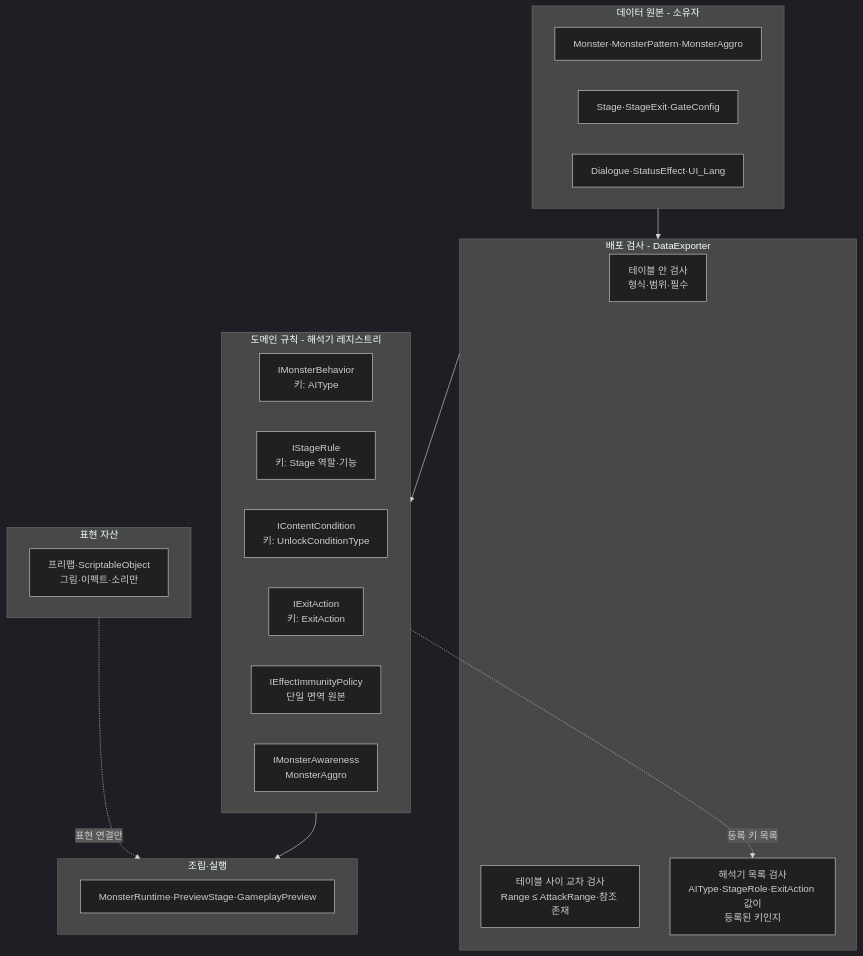
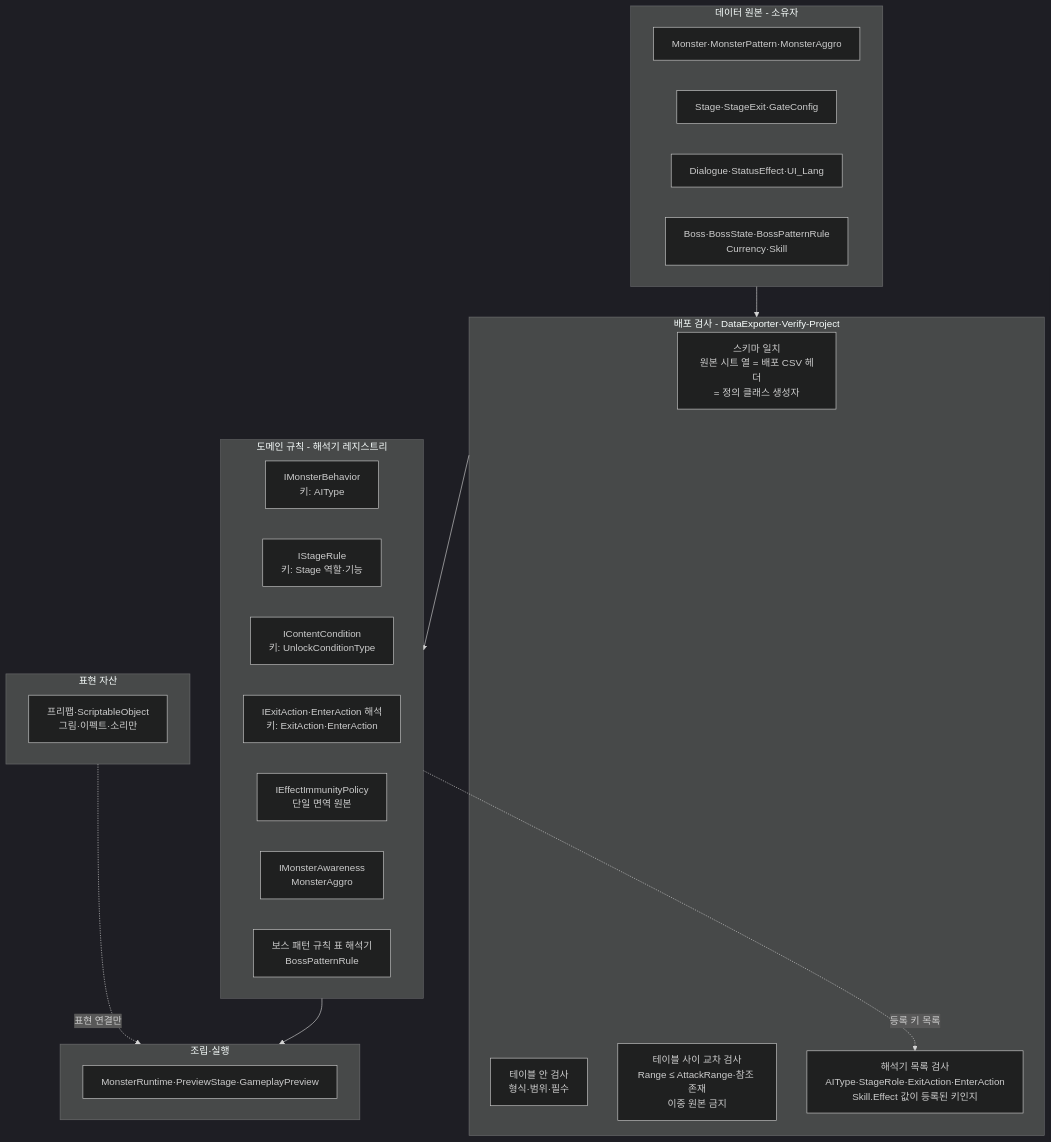
One commit to lkhwcf-arch/Human_Ghost- changed diagram 17 of 20 in Docs/개발자용 설계문서/조건 규칙 교차 감사와 흐름 단절 위험 분석.md. Above: the diagram before and after it, drawn with Mermaid (dark theme). The commit also changed other lines of this file and 1 other file, not shown here.

Commit message:
조건 규칙 문서 2차 재점검: 원본 시트 스키마 이탈·배경음 데이터 무시·보스 2페이즈 선택 상수·이중 원본·미사용 컬럼 전수 결과와 설계도·우선순위 갱신

````diff
--- a/Docs/개발자용 설계문서/조건 규칙 교차 감사와 흐름 단절 위험 분석.md
+++ b/Docs/개발자용 설계문서/조건 규칙 교차 감사와 흐름 단절 위험 분석.md
@@ -506,30 +726,33 @@
 ```mermaid
 flowchart TB
     subgraph Sheet[데이터 원본 - 소유자]
         S1[Monster·MonsterPattern·MonsterAggro]
         S2[Stage·StageExit·GateConfig]
         S3[Dialogue·StatusEffect·UI_Lang]
+        S4[Boss·BossState·BossPatternRule<br/>Currency·Skill]
     end
-    subgraph Deploy[배포 검사 - DataExporter]
+    subgraph Deploy[배포 검사 - DataExporter·Verify-Project]
+        V0[스키마 일치<br/>원본 시트 열 = 배포 CSV 헤더<br/>= 정의 클래스 생성자]
         V1[테이블 안 검사<br/>형식·범위·필수]
-        V2[테이블 사이 교차 검사<br/>Range ≤ AttackRange·참조 존재]
-        V3[해석기 목록 검사<br/>AIType·StageRole·ExitAction 값이<br/>등록된 키인지]
+        V2[테이블 사이 교차 검사<br/>Range ≤ AttackRange·참조 존재<br/>이중 원본 금지]
+        V3[해석기 목록 검사<br/>AIType·StageRole·ExitAction·EnterAction<br/>Skill.Effect 값이 등록된 키인지]
     end
     subgraph Rules[도메인 규칙 - 해석기 레지스트리]
         R1[IMonsterBehavior<br/>키: AIType]
         R2[IStageRule<br/>키: Stage 역할·기능]
         R3[IContentCondition<br/>키: UnlockConditionType]
-        R4[IExitAction<br/>키: ExitAction]
+        R4[IExitAction·EnterAction 해석<br/>키: ExitAction·EnterAction]
         R5[IEffectImmunityPolicy<br/>단일 면역 원본]
         R6[IMonsterAwareness<br/>MonsterAggro]
+        R7[보스 패턴 규칙 표 해석기<br/>BossPatternRule]
     end
     subgraph Runtime[조립·실행]
         A1[MonsterRuntime·PreviewStage·GameplayPreview]
     end
     subgraph View[표현 자산]
         P1[프리팹·ScriptableObject<br/>그림·이펙트·소리만]
     end
     Sheet --> Deploy --> Rules --> Runtime
     View -.표현 연결만.-> Runtime
     Rules -.등록 키 목록.-> V3
 ```
````
